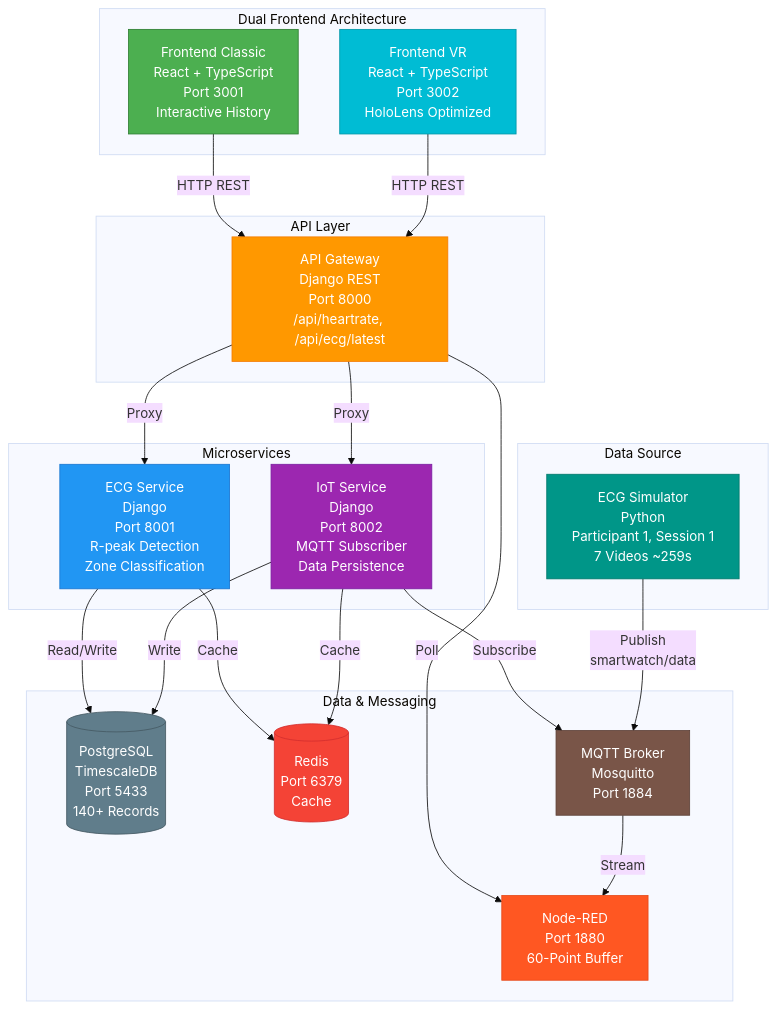
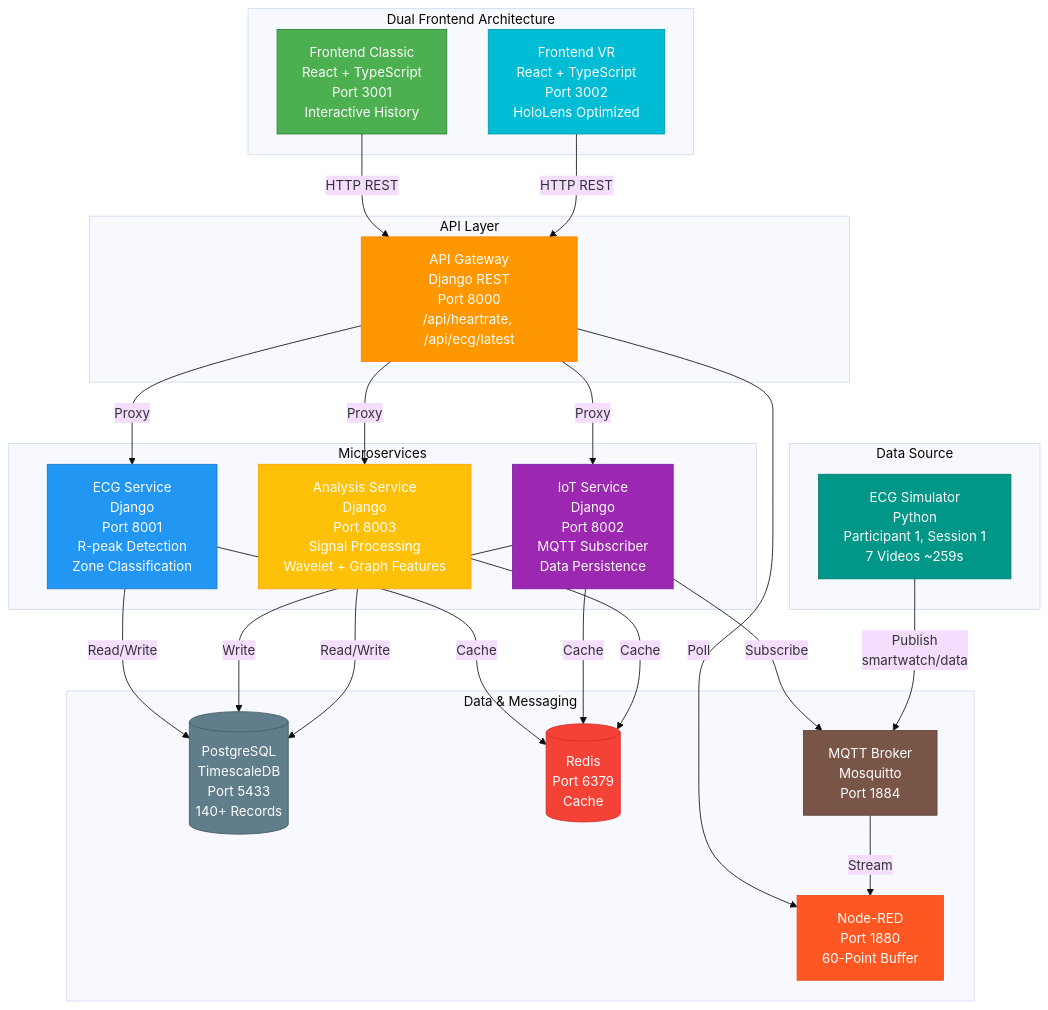
Before and after one commit to do3-173/XR_ECG_Twin: the diagram in README.md, drawn with Mermaid (base theme). The commit also changed other lines of this file and 31 other files, not shown here.

Commit message:
fix for dockerfile and added signal processing dashboard

````diff
--- a/README.md
+++ b/README.md
@@ -7,51 +7,56 @@
 ```mermaid
 graph TB
     subgraph Frontend["Dual Frontend Architecture"]
         FC["Frontend Classic<br/>React + TypeScript<br/>Port 3001<br/>Interactive History"] 
         FV["Frontend VR<br/>React + TypeScript<br/>Port 3002<br/>HoloLens Optimized"]
     end
 
     subgraph Gateway["API Layer"]
         GW["API Gateway<br/>Django REST<br/>Port 8000<br/>/api/heartrate, /api/ecg/latest"]
     end
 
     subgraph Services["Microservices"]
         ECG["ECG Service<br/>Django<br/>Port 8001<br/>R-peak Detection<br/>Zone Classification"]
         IOT["IoT Service<br/>Django<br/>Port 8002<br/>MQTT Subscriber<br/>Data Persistence"]
+        ANL["Analysis Service<br/>Django<br/>Port 8003<br/>Signal Processing<br/>Wavelet + Graph Features"]
     end
 
     subgraph DataLayer["Data & Messaging"]
         PG[("PostgreSQL<br/>TimescaleDB<br/>Port 5433<br/>140+ Records")]
         RD[("Redis<br/>Port 6379<br/>Cache")]
         MQ["MQTT Broker<br/>Mosquitto<br/>Port 1884"]
         NR["Node-RED<br/>Port 1880<br/>60-Point Buffer"]
     end
 
     subgraph Source["Data Source"]
         SIM["ECG Simulator<br/>Python<br/>Participant 1, Session 1<br/>7 Videos ~259s"]
     end
 
     FC -->|HTTP REST| GW
     FV -->|HTTP REST| GW
     GW -->|Proxy| ECG
     GW -->|Proxy| IOT
+    GW -->|Proxy| ANL
     GW -->|Poll| NR
     ECG -->|Read/Write| PG
     IOT -->|Write| PG
+    ANL -->|Read/Write| PG
     IOT -->|Subscribe| MQ
     ECG -->|Cache| RD
     IOT -->|Cache| RD
+    ANL -->|Cache| RD
     SIM -->|Publish<br/>smartwatch/data| MQ
     MQ -->|Stream| NR
 
     style FC fill:#4CAF50,stroke:#2E7D32,color:#fff
     style FV fill:#00BCD4,stroke:#0097A7,color:#fff
     style GW fill:#FF9800,stroke:#F57C00,color:#fff
     style ECG fill:#2196F3,stroke:#1976D2,color:#fff
     style IOT fill:#9C27B0,stroke:#7B1FA2,color:#fff
+    style ANL fill:#FFC107,stroke:#FFA000,color:#fff
     style PG fill:#607D8B,stroke:#455A64,color:#fff
     style RD fill:#F44336,stroke:#D32F2F,color:#fff
     style MQ fill:#795548,stroke:#5D4037,color:#fff
     style NR fill:#FF5722,stroke:#E64A19,color:#fff
     style SIM fill:#009688,stroke:#00796B,color:#fff
 ```
````
